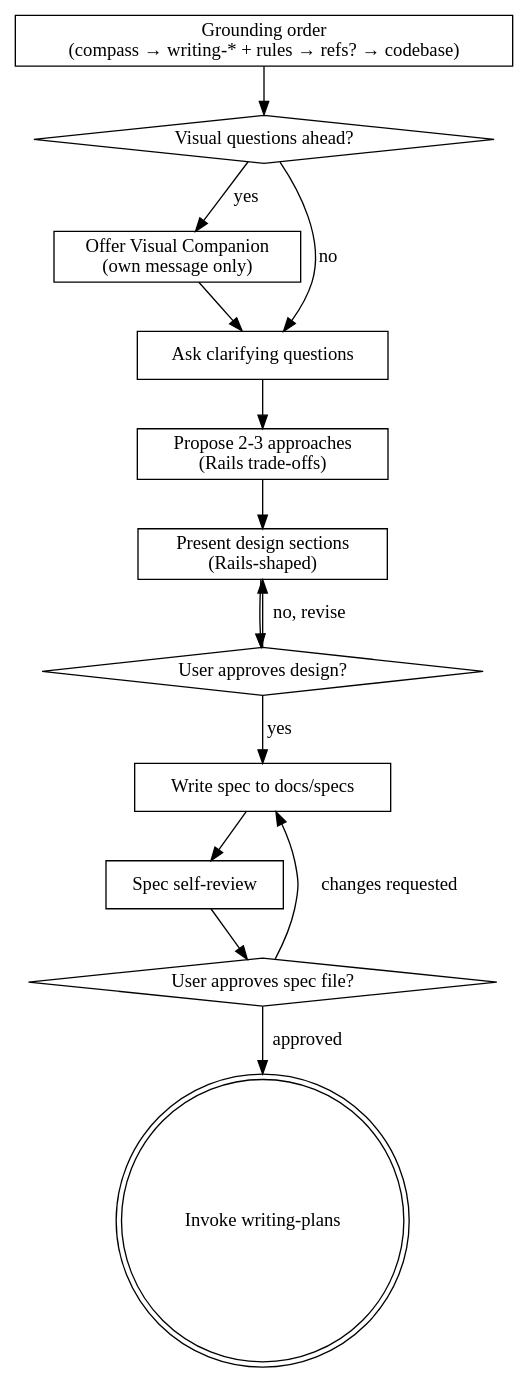
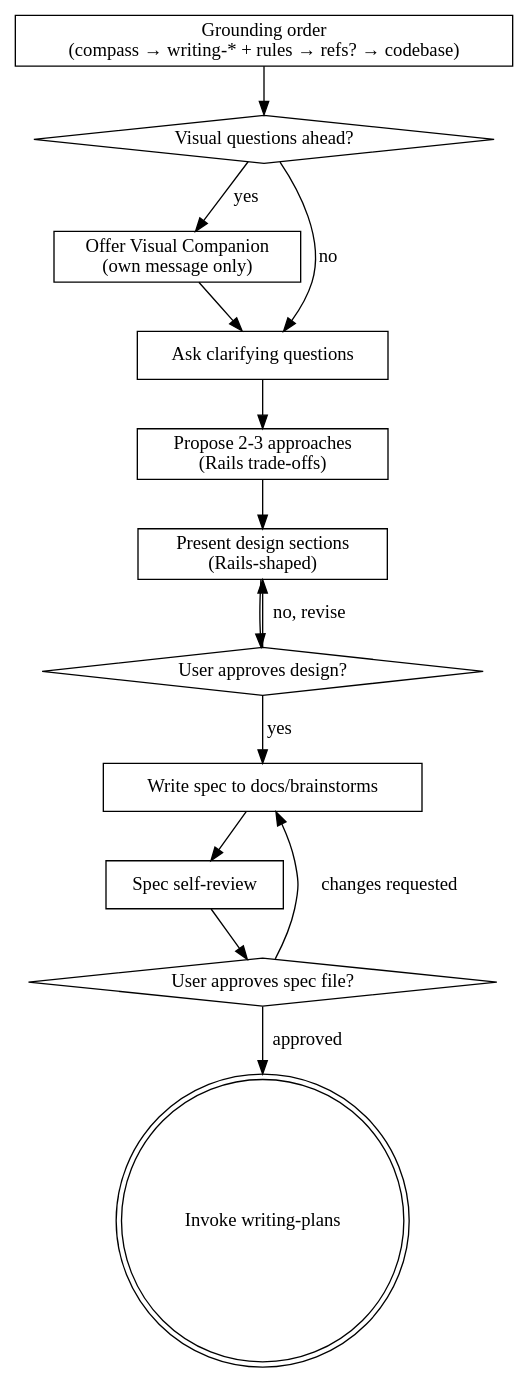
Before and after one commit to chrisrackstallion/pitchd-rails-cursor-plugin: the diagram in skills/brainstorming-rails-omakase/SKILL.md, drawn with Graphviz. The commit also changed other lines of this file, not shown here.

Commit message:
Update spec documentation path in brainstorming-rails-omakase skill
- Changed the default specification file path from `docs/specs/YYYY-MM-DD-<topic>.md` to `docs/brainstorms/YYYY-MM-DD-<topic>.md` to better reflect the organization of brainstorming outputs.
- Updated related diagrams and documentation to ensure consistency with the new spec path, enhancing clarity in the brainstorming process.

````diff
--- a/skills/brainstorming-rails-omakase/SKILL.md
+++ b/skills/brainstorming-rails-omakase/SKILL.md
@@ -87,29 +87,29 @@
 ```dot
 digraph brainstorming_rails {
     "Grounding order\n(compass → writing-* + rules → refs? → codebase)" [shape=box];
     "Visual questions ahead?" [shape=diamond];
     "Offer Visual Companion\n(own message only)" [shape=box];
     "Ask clarifying questions" [shape=box];
     "Propose 2-3 approaches\n(Rails trade-offs)" [shape=box];
     "Present design sections\n(Rails-shaped)" [shape=box];
     "User approves design?" [shape=diamond];
-    "Write spec to docs/specs" [shape=box];
+    "Write spec to docs/brainstorms" [shape=box];
     "Spec self-review" [shape=box];
     "User approves spec file?" [shape=diamond];
     "Invoke writing-plans" [shape=doublecircle];
 
     "Grounding order\n(compass → writing-* + rules → refs? → codebase)" -> "Visual questions ahead?";
     "Visual questions ahead?" -> "Offer Visual Companion\n(own message only)" [label="yes"];
     "Visual questions ahead?" -> "Ask clarifying questions" [label="no"];
     "Offer Visual Companion\n(own message only)" -> "Ask clarifying questions";
     "Ask clarifying questions" -> "Propose 2-3 approaches\n(Rails trade-offs)";
     "Propose 2-3 approaches\n(Rails trade-offs)" -> "Present design sections\n(Rails-shaped)";
     "Present design sections\n(Rails-shaped)" -> "User approves design?";
     "User approves design?" -> "Present design sections\n(Rails-shaped)" [label="no, revise"];
-    "User approves design?" -> "Write spec to docs/specs" [label="yes"];
-    "Write spec to docs/specs" -> "Spec self-review";
+    "User approves design?" -> "Write spec to docs/brainstorms" [label="yes"];
+    "Write spec to docs/brainstorms" -> "Spec self-review";
     "Spec self-review" -> "User approves spec file?";
-    "User approves spec file?" -> "Write spec to docs/specs" [label="changes requested"];
+    "User approves spec file?" -> "Write spec to docs/brainstorms" [label="changes requested"];
     "User approves spec file?" -> "Invoke writing-plans" [label="approved"];
 }
 ```
````
